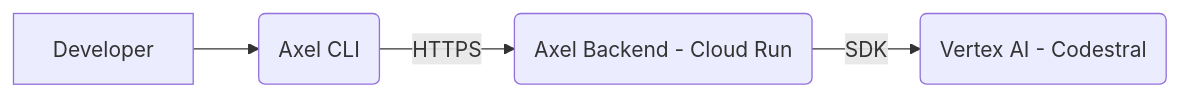
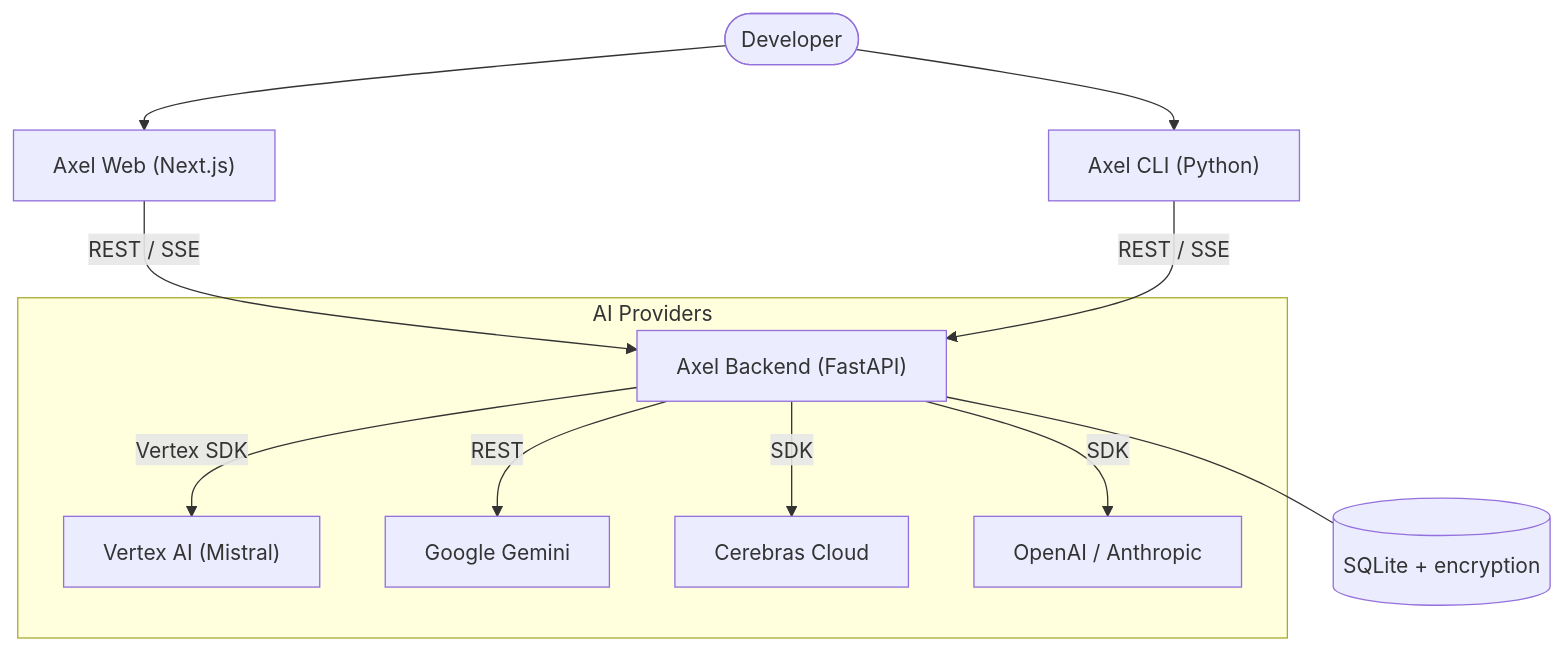
Before and after one commit to Axelfernandes/axel_cli: the diagram in README.md, drawn with Mermaid. The commit also changed other lines of this file and 29 other files, not shown here.

Commit message:
Feat: Implement modern dashboard, streaming chat, encrypted keys, and Cloud Run readiness

````diff
--- a/README.md
+++ b/README.md
@@ -12,6 +27,15 @@
 ```mermaid
-graph LR
-    User[Developer] --> CLI(Axel CLI)
-    CLI -->|HTTPS| Backend(Axel Backend - Cloud Run)
-    Backend -->|SDK| Vertex(Vertex AI - Codestral)
+graph TD
+    User([Developer]) --> Web["Axel Web (Next.js)"]
+    User --> CLI["Axel CLI (Python)"]
+    Web & CLI -->|REST / SSE| API["Axel Backend (FastAPI)"]
+    
+    subgraph "AI Providers"
+        API -->|Vertex SDK| Vertex["Vertex AI (Mistral)"]
+        API -->|REST| Gemini["Google Gemini"]
+        API -->|SDK| Cerebras["Cerebras Cloud"]
+        API -->|SDK| Others["OpenAI / Anthropic"]
+    end
+    
+    API --- DB[(SQLite + encryption)]
 ```
````
